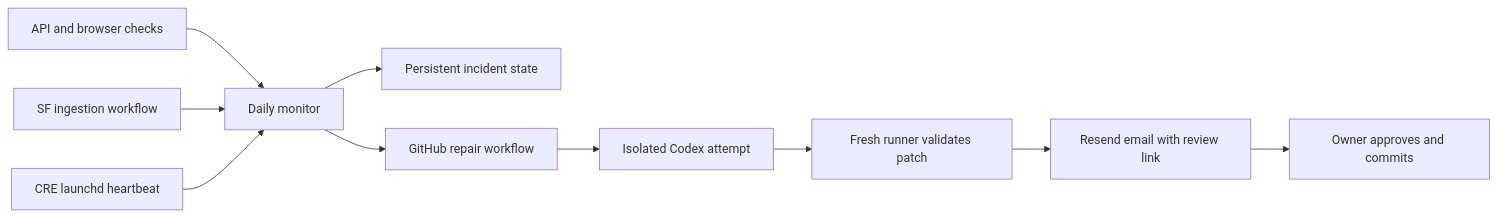
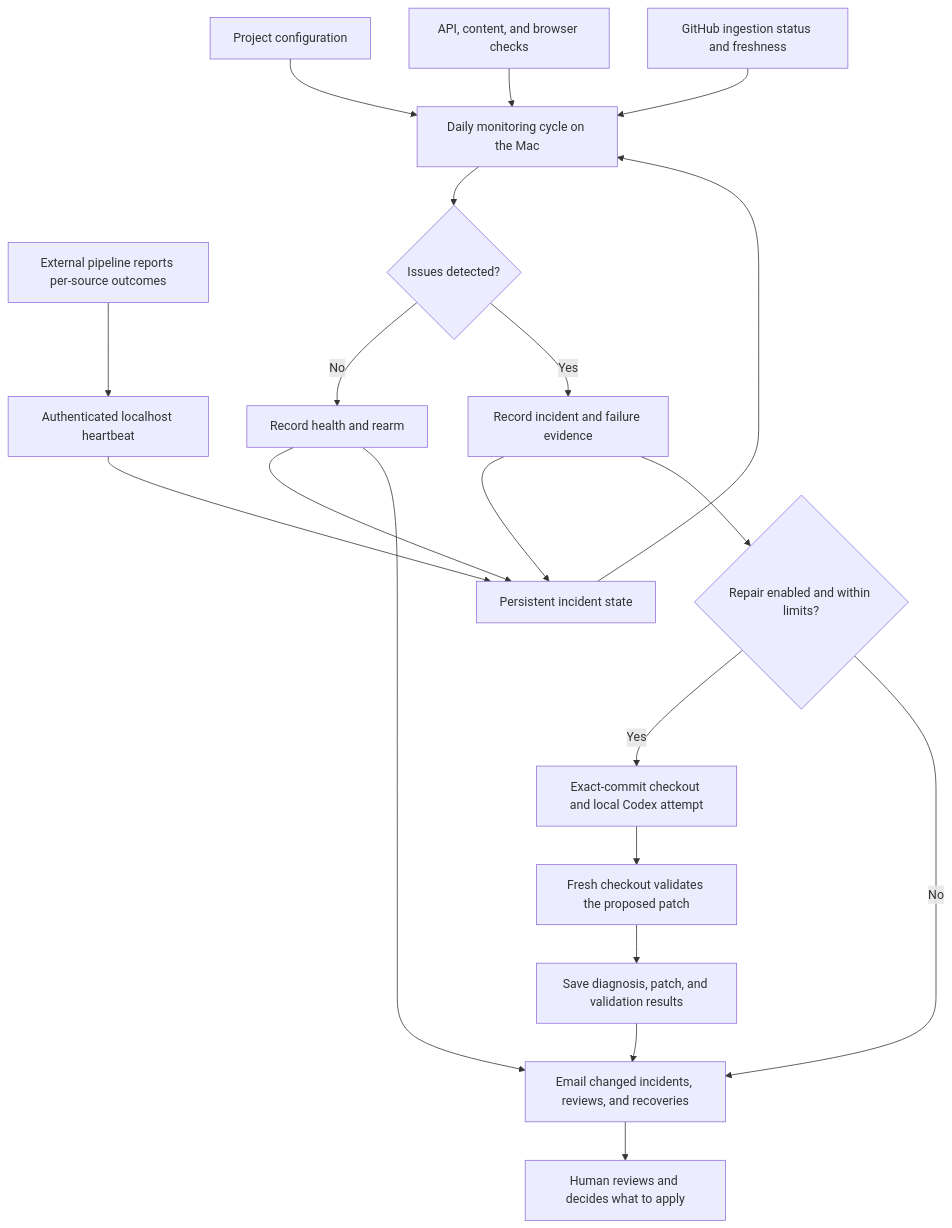
Before and after one commit to shane836/ingestion-monitor: the diagram in README.md, drawn with Mermaid. The commit also changed other lines of this file and 16 other files, not shown here.

Commit message:
feat: run data pipeline monitoring and repair locally

````diff
--- a/README.md
+++ b/README.md
@@ -11,12 +22,22 @@
 ```mermaid
-flowchart LR
-  Apps[API and browser checks] --> Monitor[Daily monitor]
-  Actions[SF ingestion workflow] --> Monitor
-  CRE[CRE launchd heartbeat] --> Monitor
-  Monitor --> State[Persistent incident state]
-  Monitor --> Repair[GitHub repair workflow]
-  Repair --> Agent[Isolated Codex attempt]
-  Agent --> Verify[Fresh runner validates patch]
-  Verify --> Email[Resend email with review link]
-  Email --> Owner[Owner approves and commits]
+flowchart TD
+  Config[Project configuration] --> Monitor[Daily monitoring cycle on the Mac]
+  Web[API, content, and browser checks] --> Monitor
+  Workflow[GitHub ingestion status and freshness] --> Monitor
+  Pipeline[External pipeline reports per-source outcomes] --> Heartbeat[Authenticated localhost heartbeat]
+  Heartbeat --> State[Persistent incident state]
+  State --> Monitor
+  Monitor --> Health{Issues detected?}
+  Health -->|No| Recovery[Record health and rearm]
+  Recovery --> State
+  Health -->|Yes| Incident[Record incident and failure evidence]
+  Incident --> State
+  Incident --> Gate{Repair enabled and within limits?}
+  Gate -->|Yes| Agent[Exact-commit checkout and local Codex attempt]
+  Agent --> Validate[Fresh checkout validates the proposed patch]
+  Validate --> Review[Save diagnosis, patch, and validation results]
+  Review --> Email[Email changed incidents, reviews, and recoveries]
+  Gate -->|No| Email
+  Recovery --> Email
+  Email --> Owner[Human reviews and decides what to apply]
 ```
````
